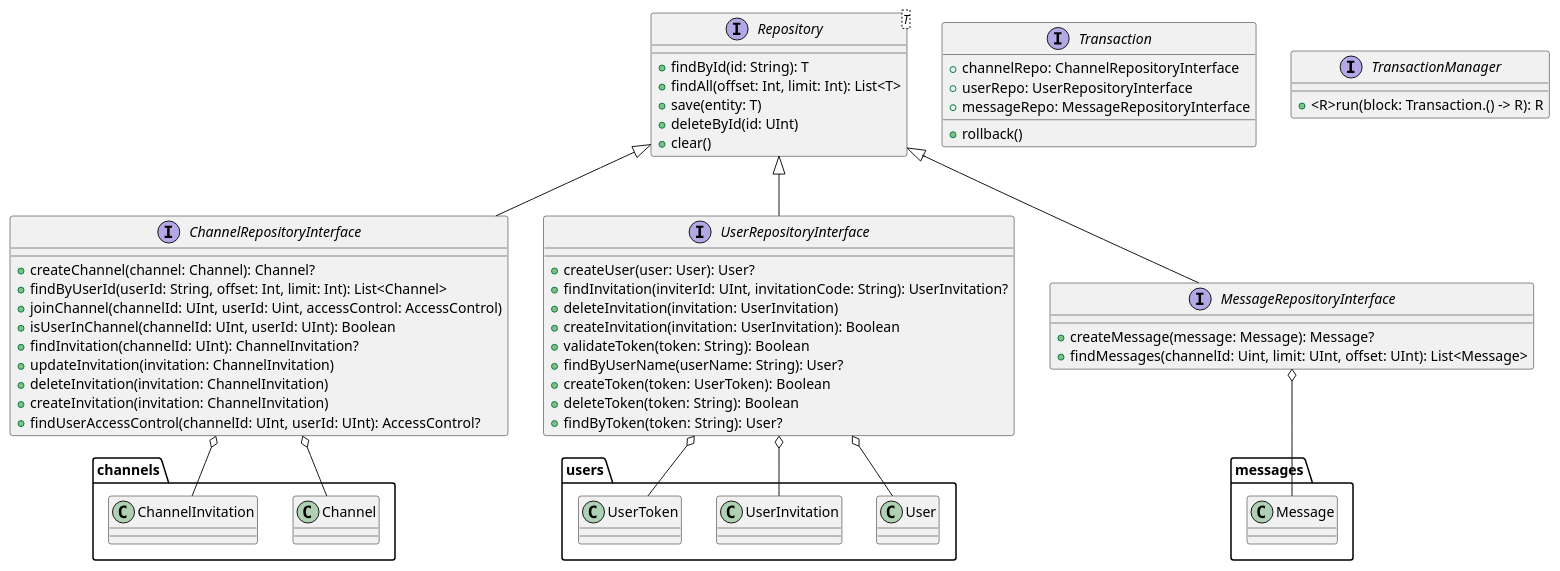
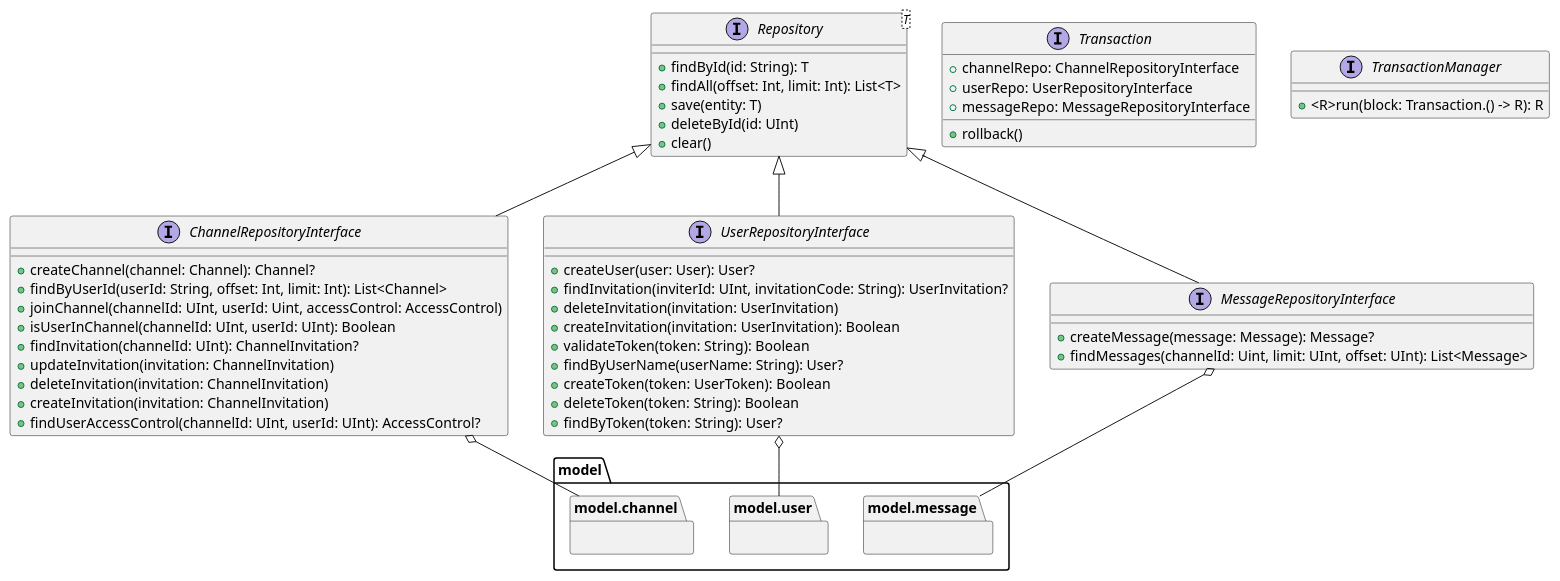
One commit to Brgm37/Multi-user-Instant-Messaging-system changed the diagram in code/jvm/repository/src/main/kotlin/RepositoryUml.puml. Above: the diagram before and after it, drawn with PlantUML. The commit also changed 7 other files, not shown here.

Commit message:
uml implementation.

```diff
--- a/code/jvm/repository/src/main/kotlin/RepositoryUml.puml
+++ b/code/jvm/repository/src/main/kotlin/RepositoryUml.puml
@@ -1,78 +1,65 @@
 @startuml
 
 interface Repository <T> {
     + findById(id: String): T
     + findAll(offset: Int, limit: Int): List<T>
     + save(entity: T)
     + deleteById(id: UInt)
     + clear()
 }
 
 interface ChannelRepositoryInterface {
     + createChannel(channel: Channel): Channel?
     + findByUserId(userId: String, offset: Int, limit: Int): List<Channel>
     + joinChannel(channelId: UInt, userId: Uint, accessControl: AccessControl)
     + isUserInChannel(channelId: UInt, userId: UInt): Boolean
     + findInvitation(channelId: UInt): ChannelInvitation?
     + updateInvitation(invitation: ChannelInvitation)
     + deleteInvitation(invitation: ChannelInvitation)
     + createInvitation(invitation: ChannelInvitation)
     + findUserAccessControl(channelId: UInt, userId: UInt): AccessControl?
 }
 
 interface UserRepositoryInterface {
     + createUser(user: User): User?
     + findInvitation(inviterId: UInt, invitationCode: String): UserInvitation?
     + deleteInvitation(invitation: UserInvitation)
     + createInvitation(invitation: UserInvitation): Boolean
     + validateToken(token: String): Boolean
     + findByUserName(userName: String): User?
     + createToken(token: UserToken): Boolean
     + deleteToken(token: String): Boolean
     + findByToken(token: String): User?
 }
 
 interface MessageRepositoryInterface {
     + createMessage(message: Message): Message?
     + findMessages(channelId: Uint, limit: UInt, offset: UInt): List<Message>
 }
 
-namespace users {
-    class User
-    class UserInvitation
-    class UserToken
-}
-
-namespace channels {
-    class Channel
-    class ChannelInvitation
-}
-
-namespace messages {
-    class Message
-}
-
 Repository <|-- UserRepositoryInterface
 Repository <|-- ChannelRepositoryInterface
 Repository <|-- MessageRepositoryInterface
 
-MessageRepositoryInterface o-- messages.Message
-UserRepositoryInterface o-- users.User
-UserRepositoryInterface o-- users.UserInvitation
-UserRepositoryInterface o-- users.UserToken
-ChannelRepositoryInterface o-- channels.Channel
-ChannelRepositoryInterface o-- channels.ChannelInvitation
+namespace model.channel {}
+namespace model.message {}
+namespace model.user {}
+
+MessageRepositoryInterface o-- message
+UserRepositoryInterface o-- user
+ChannelRepositoryInterface o-- channel
+
 
 
 interface Transaction {
     + channelRepo: ChannelRepositoryInterface
     + userRepo: UserRepositoryInterface
     + messageRepo: MessageRepositoryInterface
     + rollback()
 }
 
 interface TransactionManager {
     + <R>run(block: Transaction.() -> R): R
 }
 
 @enduml
```
